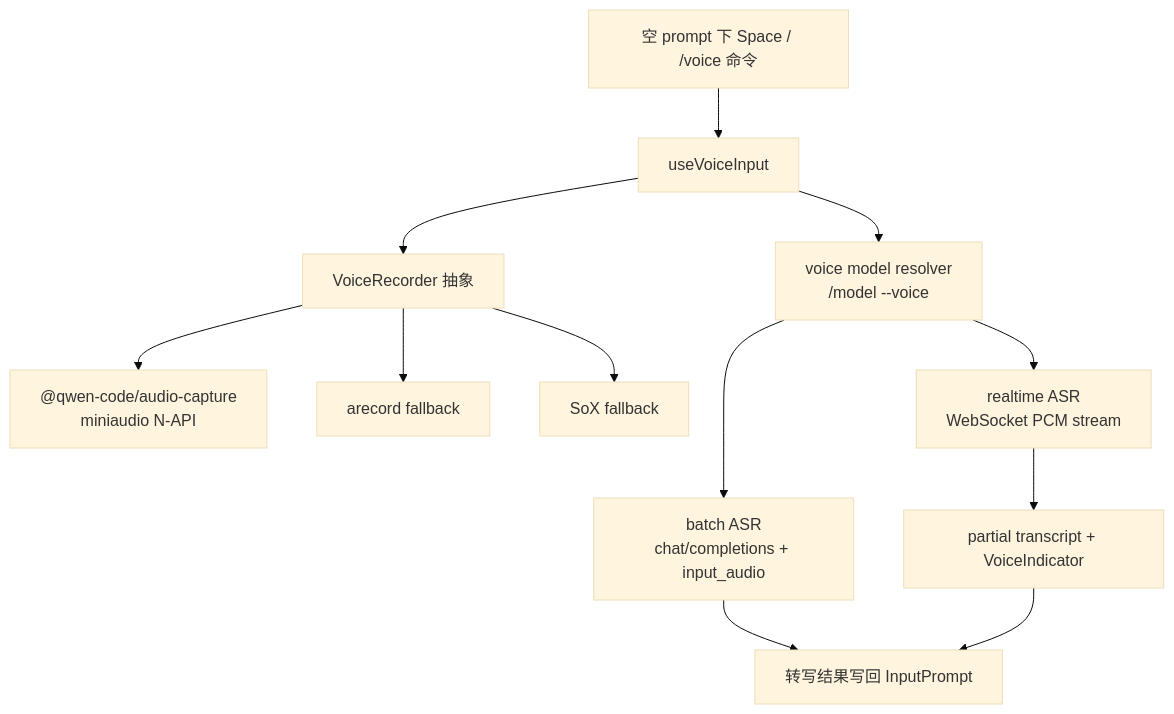
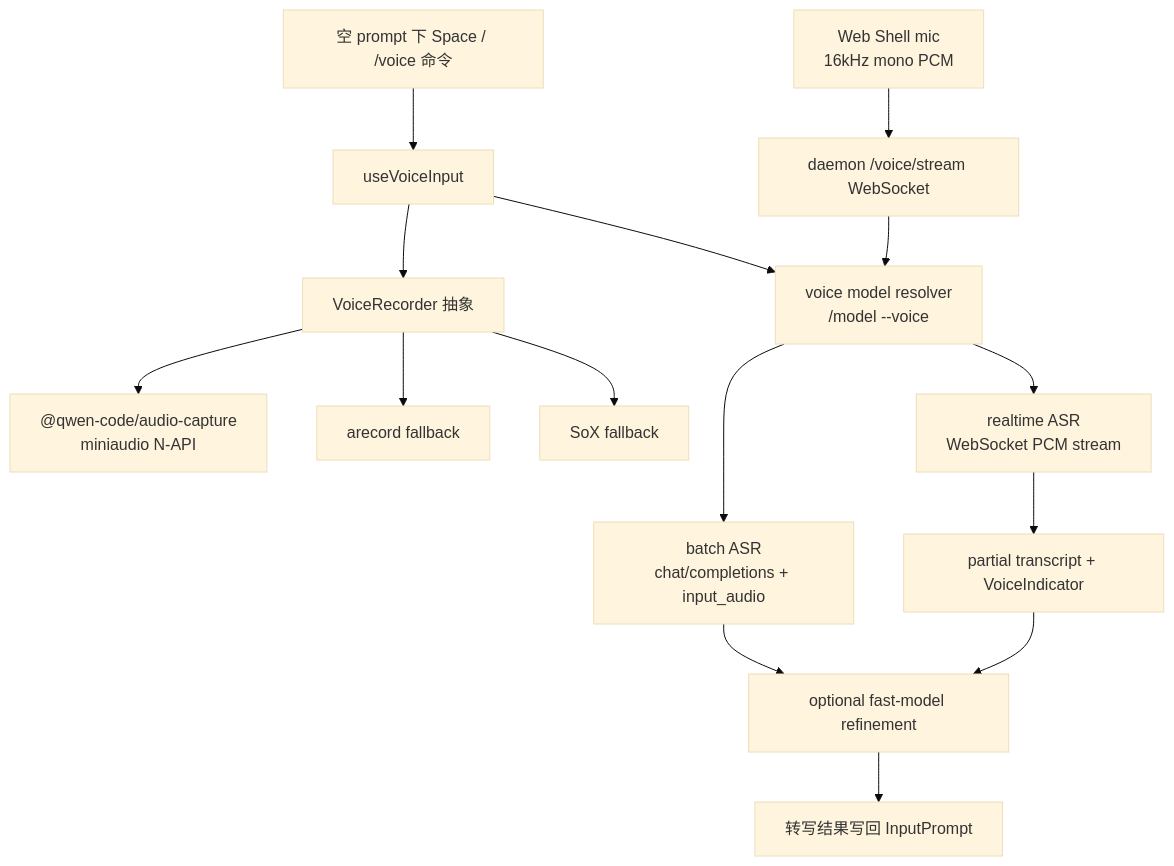
The diagram in qwen-code/feature/voice-dictation.md (doudouOUC/code_agent), drawn with Mermaid (base theme) before and after one commit. The commit also changed other lines of this file and 14 other files, not shown here.

````diff
--- a/qwen-code/feature/voice-dictation.md
+++ b/qwen-code/feature/voice-dictation.md
@@ -24,14 +27,17 @@
 ```mermaid
 flowchart TB
   KEY["空 prompt 下 Space / /voice 命令"] --> HOOK["useVoiceInput"]
   HOOK --> REC["VoiceRecorder 抽象"]
   REC --> NATIVE["@qwen-code/audio-capture<br/>miniaudio N-API"]
   REC --> AREC["arecord fallback"]
   REC --> SOX["SoX fallback"]
   HOOK --> MODEL["voice model resolver<br/>/model --voice"]
   MODEL --> BATCH["batch ASR<br/>chat/completions + input_audio"]
   MODEL --> RT["realtime ASR<br/>WebSocket PCM stream"]
-  BATCH --> POST["转写结果写回 InputPrompt"]
+  BATCH --> REFINE["optional fast-model refinement"]
   RT --> PARTIAL["partial transcript + VoiceIndicator"]
-  PARTIAL --> POST
+  PARTIAL --> REFINE
+  REFINE --> POST["转写结果写回 InputPrompt"]
+  WEB["Web Shell mic<br/>16kHz mono PCM"] --> DWS["daemon /voice/stream WebSocket"]
+  DWS --> MODEL
 ```
````
